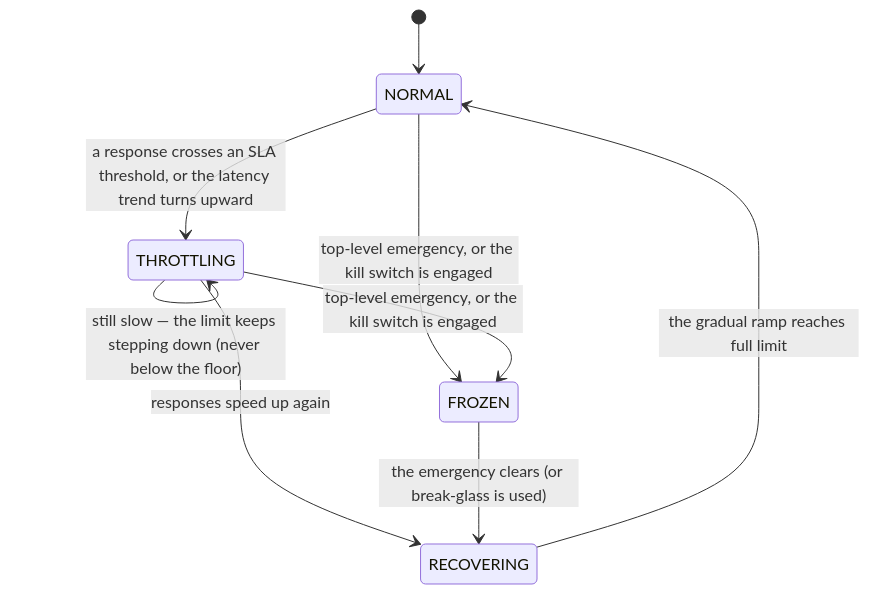
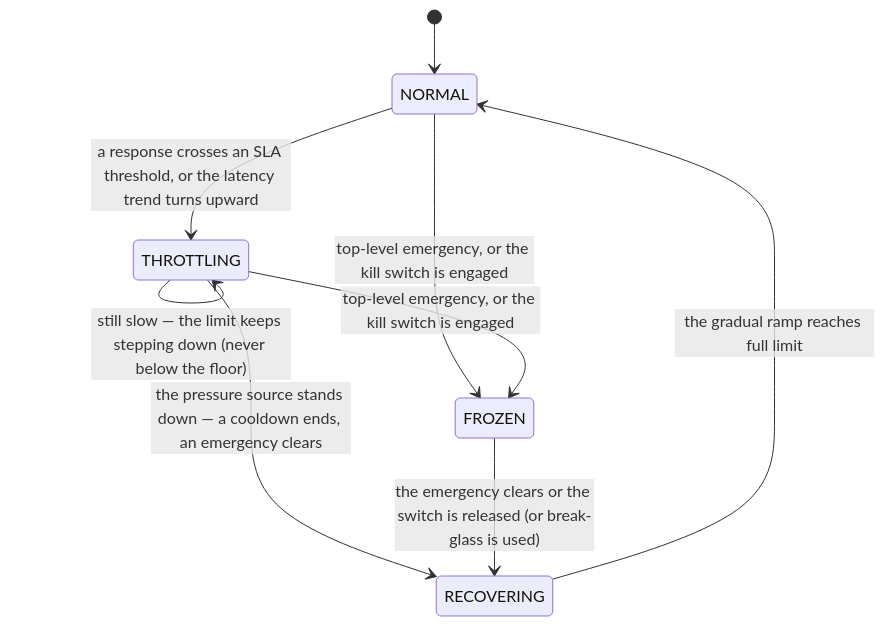
One commit to baldurhq/baldur changed the diagram in docs/concepts/pro/throttle.md. Above: the diagram before and after it, drawn with Mermaid. The commit also changed other lines of this file and 7 other files, not shown here.

````diff
--- a/docs/concepts/pro/throttle.md
+++ b/docs/concepts/pro/throttle.md
@@ -87,11 +91,11 @@
 ```mermaid
 stateDiagram-v2
     [*] --> NORMAL
     NORMAL --> THROTTLING: a response crosses an SLA threshold, or the latency trend turns upward
     THROTTLING --> THROTTLING: still slow — the limit keeps stepping down (never below the floor)
-    THROTTLING --> RECOVERING: responses speed up again
+    THROTTLING --> RECOVERING: the pressure source stands down — a cooldown ends, an emergency clears
     RECOVERING --> NORMAL: the gradual ramp reaches full limit
     NORMAL --> FROZEN: top-level emergency, or the kill switch is engaged
     THROTTLING --> FROZEN: top-level emergency, or the kill switch is engaged
-    FROZEN --> RECOVERING: the emergency clears (or break-glass is used)
+    FROZEN --> RECOVERING: the emergency clears or the switch is released (or break-glass is used)
 ```
````
